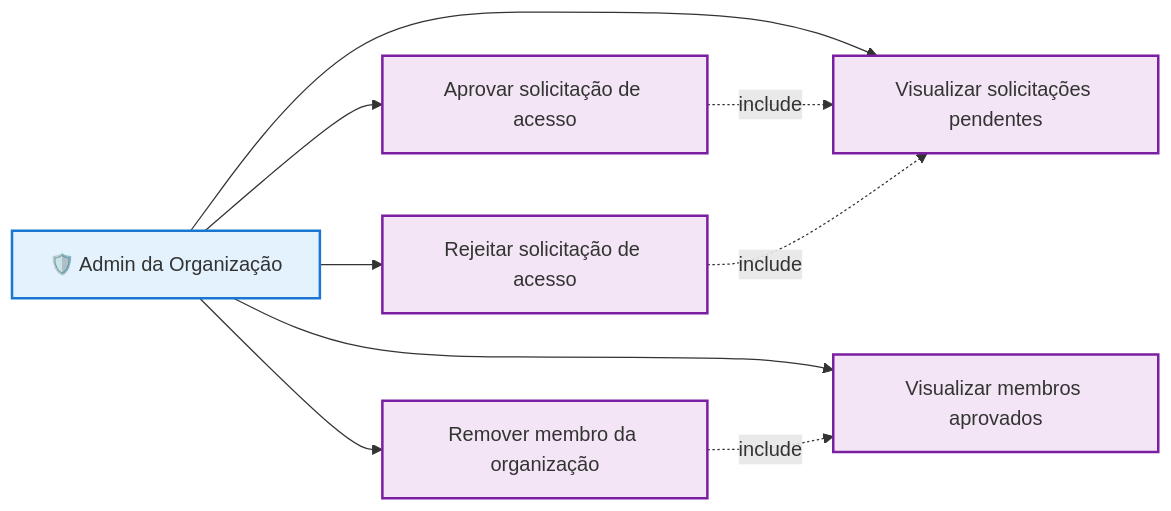
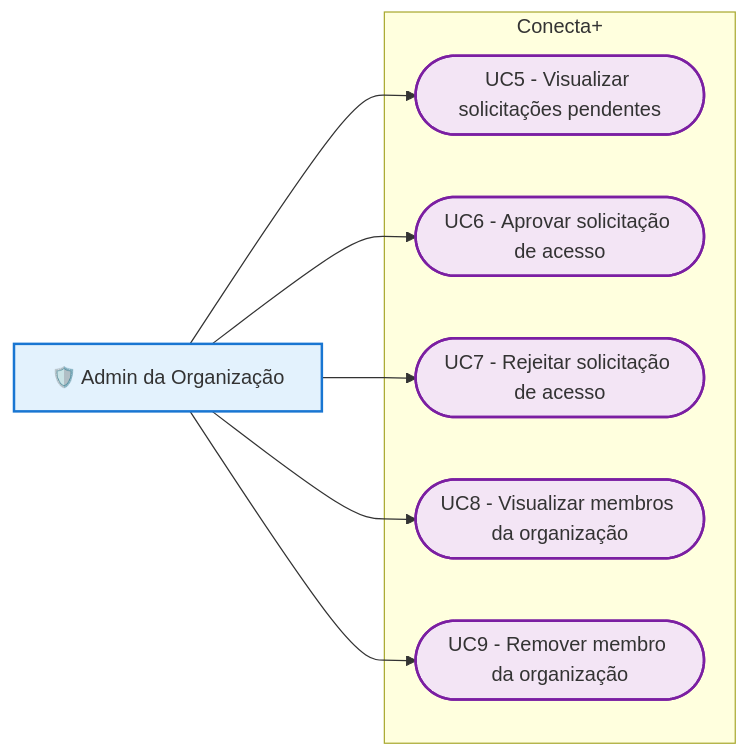
Before and after one commit to MrLucasMoreira/PDSI-Conecta-: the fourth of 4 diagrams in docs/cadastro-usuario/1 - casos-uso-cadastro-usuario.md, drawn with Mermaid. The commit also changed other lines of this file and 7 other files, not shown here.

````diff
--- a/docs/cadastro-usuario/1 - casos-uso-cadastro-usuario.md
+++ b/docs/cadastro-usuario/1 - casos-uso-cadastro-usuario.md
@@ -85,26 +95,24 @@
 ```mermaid
 flowchart LR
     AdminOrg["🛡️ Admin da Organização"]
 
-    UC7["Visualizar solicitações pendentes"]
-    UC8["Aprovar solicitação de acesso"]
-    UC9["Rejeitar solicitação de acesso"]
-    UC10["Visualizar membros aprovados"]
-    UC11["Remover membro da organização"]
+    subgraph Sistema["Conecta+"]
+        UC5(["UC5 - Visualizar solicitações pendentes"])
+        UC6(["UC6 - Aprovar solicitação de acesso"])
+        UC7(["UC7 - Rejeitar solicitação de acesso"])
+        UC8(["UC8 - Visualizar membros da organização"])
+        UC9(["UC9 - Remover membro da organização"])
+    end
 
+    AdminOrg --> UC5
+    AdminOrg --> UC6
     AdminOrg --> UC7
     AdminOrg --> UC8
     AdminOrg --> UC9
-    AdminOrg --> UC10
-    AdminOrg --> UC11
-
-    UC8 -.->|include| UC7
-    UC9 -.->|include| UC7
-    UC11 -.->|include| UC10
 
     classDef actor fill:#e3f2fd,stroke:#1976d2,stroke-width:2px;
     classDef uc fill:#f3e5f5,stroke:#7b1fa2,stroke-width:2px;
 
     class AdminOrg actor;
-    class UC7,UC8,UC9,UC10,UC11 uc;
+    class UC5,UC6,UC7,UC8,UC9 uc;
 ```
````
